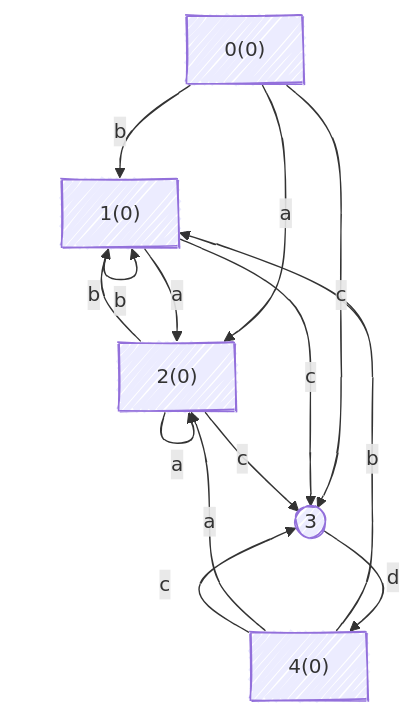
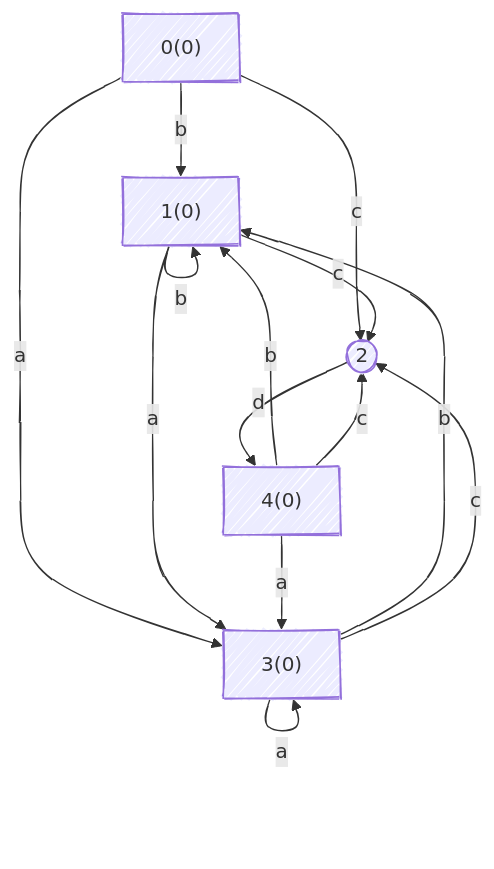
One commit to moonbitlang/moonlex-old changed the diagram in src/lib/tests/__snapshot__/dfa_simple_regex.md. Above: the diagram before and after it, drawn with Mermaid. The commit also changed 16 other files, not shown here.

````diff
--- a/src/lib/tests/__snapshot__/dfa_simple_regex.md
+++ b/src/lib/tests/__snapshot__/dfa_simple_regex.md
@@ -1,25 +1,25 @@
 ```mermaid
 ---
   config:
     look: handDrawn
 ---
 graph TD
 0-->|"b"|1
-0-->|"a"|2
-0-->|"c"|3
+0-->|"c"|2
+0-->|"a"|3
 1-->|"b"|1
-1-->|"a"|2
-1-->|"c"|3
-2-->|"b"|1
-2-->|"a"|2
-2-->|"c"|3
-3-->|"d"|4
+1-->|"c"|2
+1-->|"a"|3
+2-->|"d"|4
+3-->|"b"|1
+3-->|"c"|2
+3-->|"a"|3
 4-->|"b"|1
-4-->|"a"|2
-4-->|"c"|3
+4-->|"c"|2
+4-->|"a"|3
 0["0(0)"]
 1["1(0)"]
-2["2(0)"]
-3((3))
+2((2))
+3["3(0)"]
 4["4(0)"]
 ```
````
